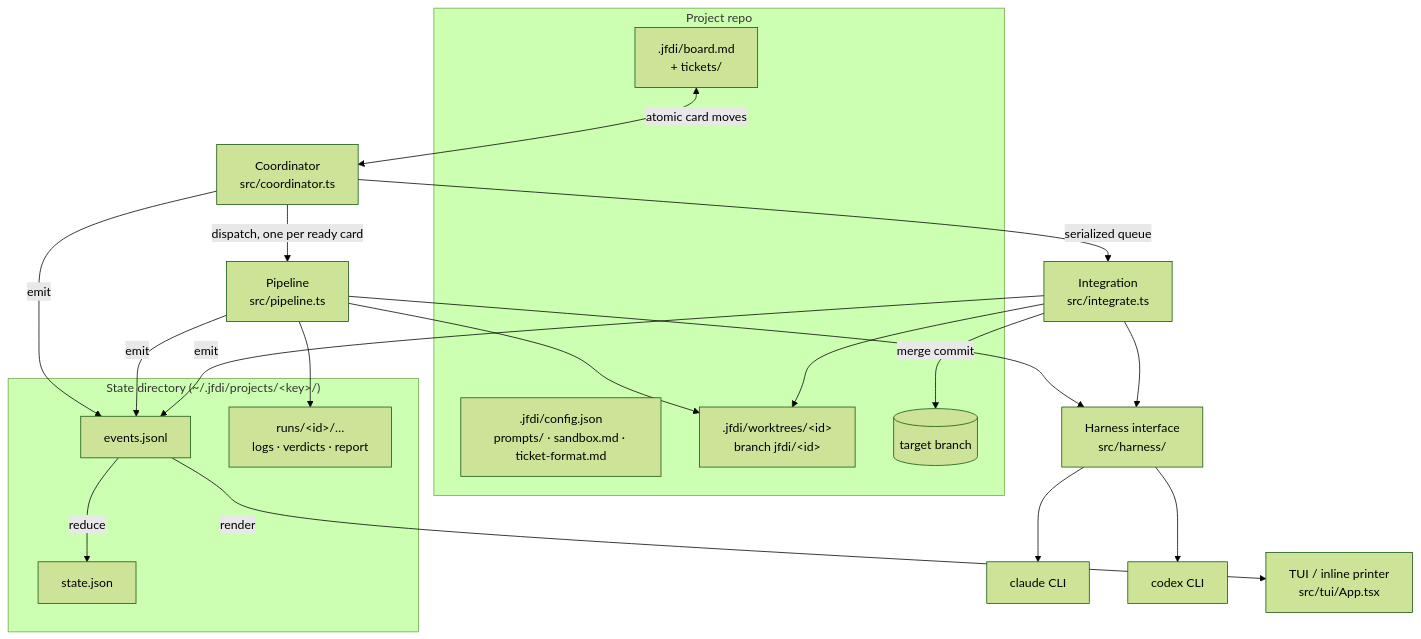
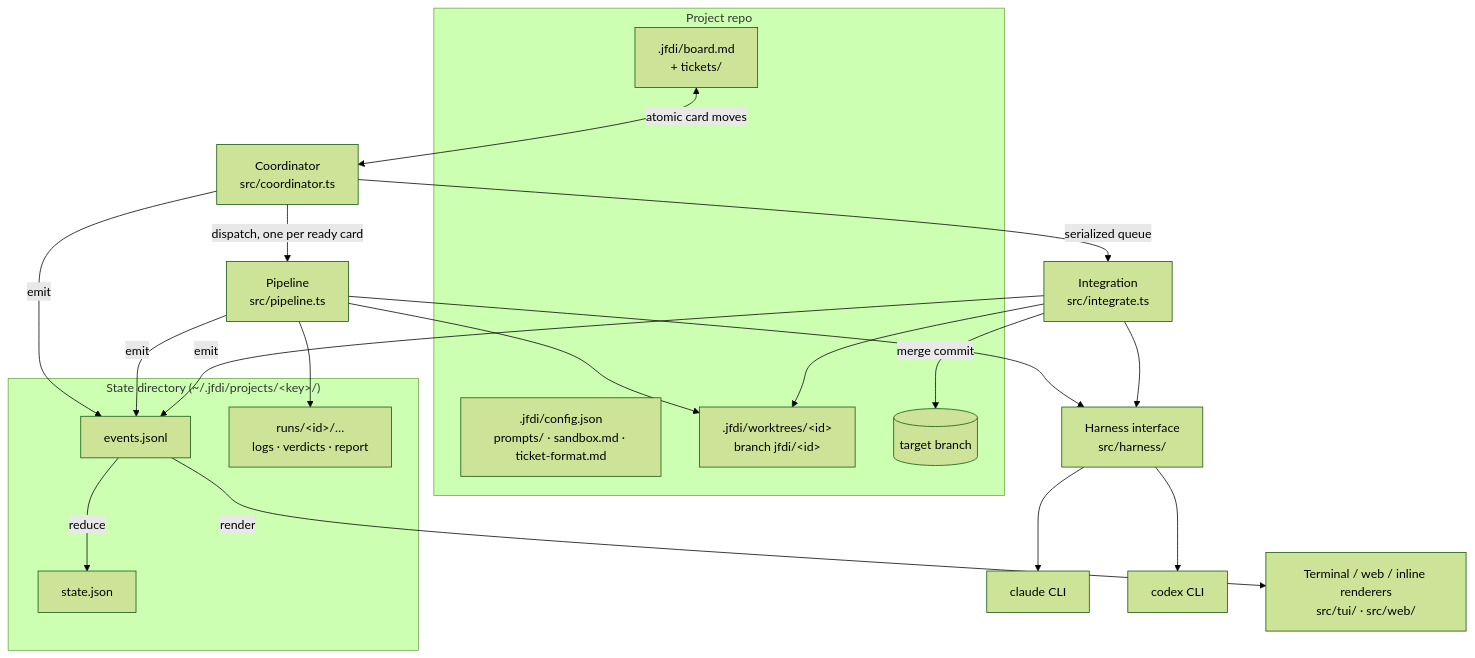
One commit to rdaruszka/jfdi changed the first of 2 diagrams in docs/architecture/overview.md. Above: the diagram before and after it, drawn with Mermaid (forest theme). The commit also changed other lines of this file and 23 other files, not shown here.

````diff
--- a/docs/architecture/overview.md
+++ b/docs/architecture/overview.md
@@ -24,40 +24,40 @@
 ```mermaid
 flowchart TB
     subgraph project [Project repo]
         BOARD[".jfdi/board.md<br/>+ tickets/"]
         CONFIG[".jfdi/config.json<br/>prompts/ · sandbox.md · ticket-format.md"]
         WT[".jfdi/worktrees/&lt;id&gt;<br/>branch jfdi/&lt;id&gt;"]
         TARGET[(target branch)]
     end
 
     subgraph statedir ["State directory (~/.jfdi/projects/&lt;key&gt;/)"]
         EV[events.jsonl]
         SNAP[state.json]
         RUNS[runs/&lt;id&gt;/…<br/>logs · verdicts · report]
     end
 
     COORD[Coordinator<br/>src/coordinator.ts]
     PIPE[Pipeline<br/>src/pipeline.ts]
     INT[Integration<br/>src/integrate.ts]
     HARNESS[Harness interface<br/>src/harness/]
     CLI_A[claude CLI]
     CLI_B[codex CLI]
-    TUI[TUI / inline printer<br/>src/tui/App.tsx]
+    UI[Terminal / web / inline renderers<br/>src/tui/ · src/web/]
 
     BOARD <-->|atomic card moves| COORD
     COORD -->|dispatch, one per ready card| PIPE
     COORD -->|serialized queue| INT
     PIPE --> HARNESS
     INT --> HARNESS
     HARNESS --> CLI_A
     HARNESS --> CLI_B
     PIPE --> WT
     INT --> WT
     INT -->|merge commit| TARGET
     COORD -->|emit| EV
     PIPE -->|emit| EV
     INT -->|emit| EV
     EV -->|reduce| SNAP
-    EV -->|render| TUI
+    EV -->|render| UI
     PIPE --> RUNS
 ```
````
